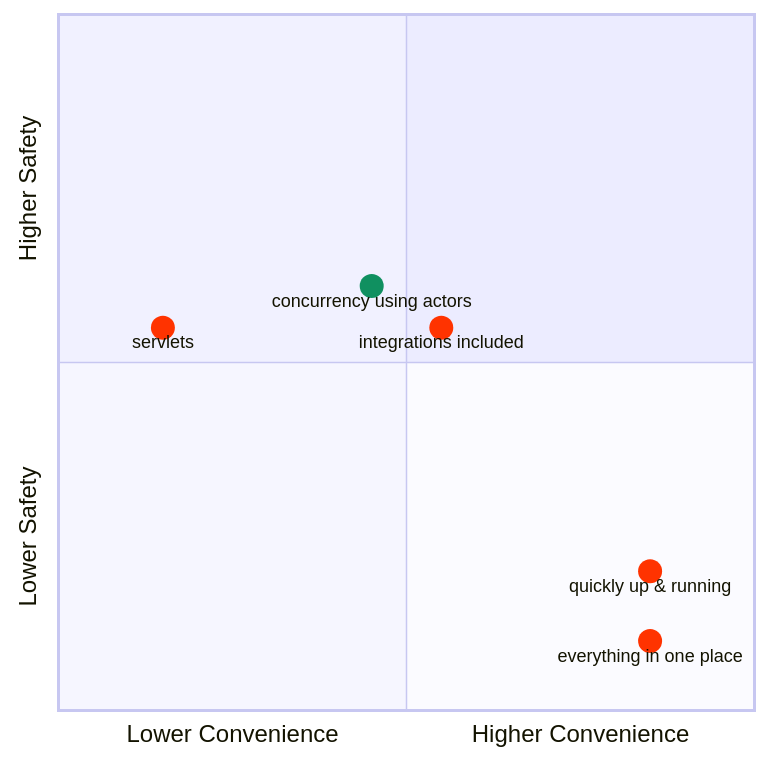
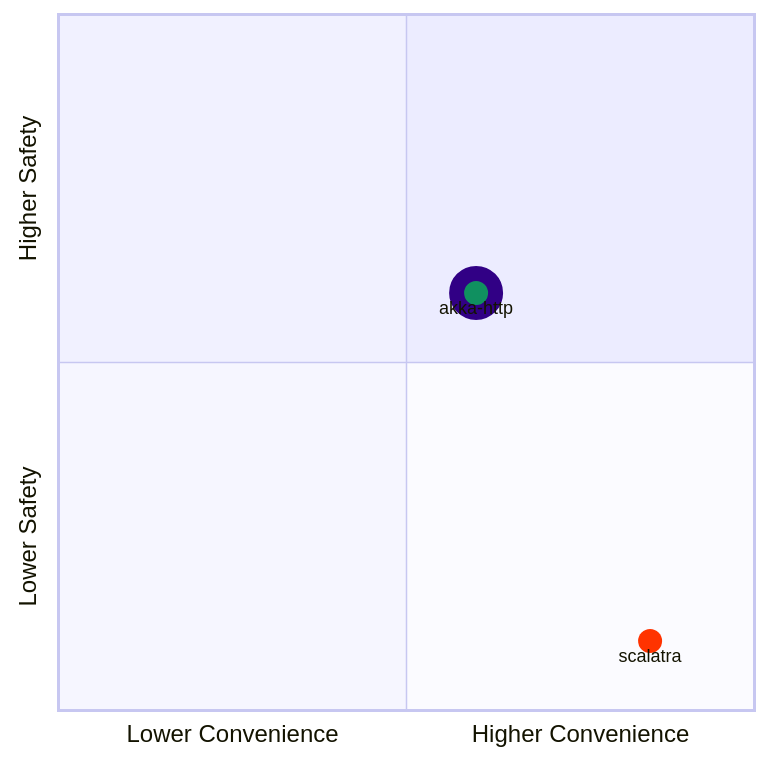
One commit to polyvariant/flavors-of-scala changed the eighth of 14 diagrams in slides/http.md. Above: the diagram before and after it, drawn with Mermaid. The commit also changed other lines of this file and 3 other files, not shown here.

Commit message:
Improve the http flow, simplify, remove slides

````diff
--- a/slides/http.md
+++ b/slides/http.md
@@ -790,15 +501,12 @@
-```mermaid {scale: 0.8}
+```mermaid {scale: 0.9}
 quadrantChart
   x-axis Lower Convenience --> Higher Convenience
   y-axis Lower Safety --> Higher Safety
-  everything in one place:::scalatra: [0.85, 0.1]
-  quickly up & running:::scalatra: [0.85, 0.2]
-  servlets:::scalatra: [0.15, 0.55]
-  integrations included:::scalatra: [0.55, 0.55]
-  concurrency using actors:::actors: [0.45, 0.61]
+  scalatra:::scalatra: [0.85, 0.1]
+  akka-http:::akka: [0.6, 0.6]
+
   classDef scalatra color: #ff3300, radius : 8
-  classDef actors color: #109060, radius : 8
-  classDef types color: #f00fff, radius : 8
-  classDef class2 color: #908342, radius : 8, stroke-color: #310085, stroke-width: 10px
-  classDef class3 color: #f00fff, radius : 8
+  classDef akka color: #109060, radius : 13, stroke-color: #310085, stroke-width: 10px
+  classDef http4s color: #f00fff, radius : 8
+  classDef tapir color: #F99111
 ```
````
